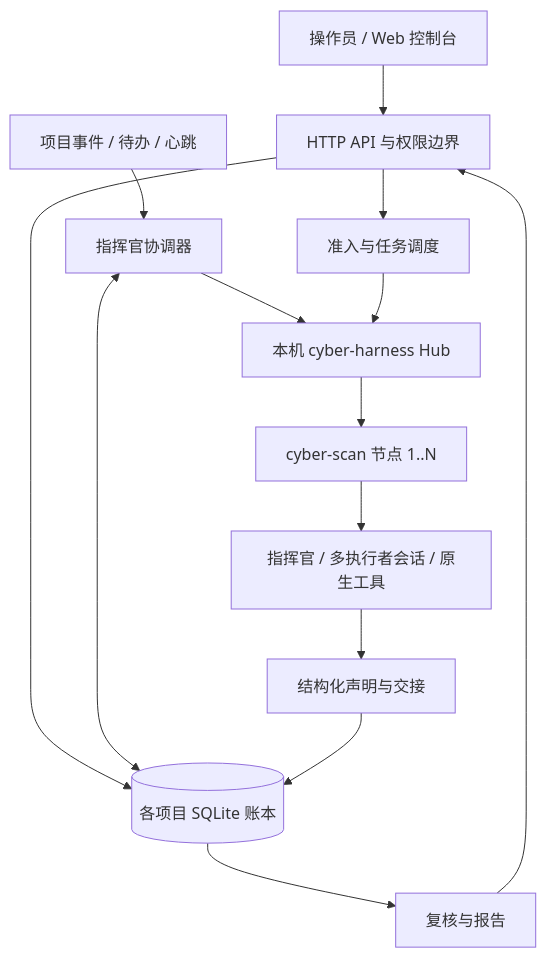
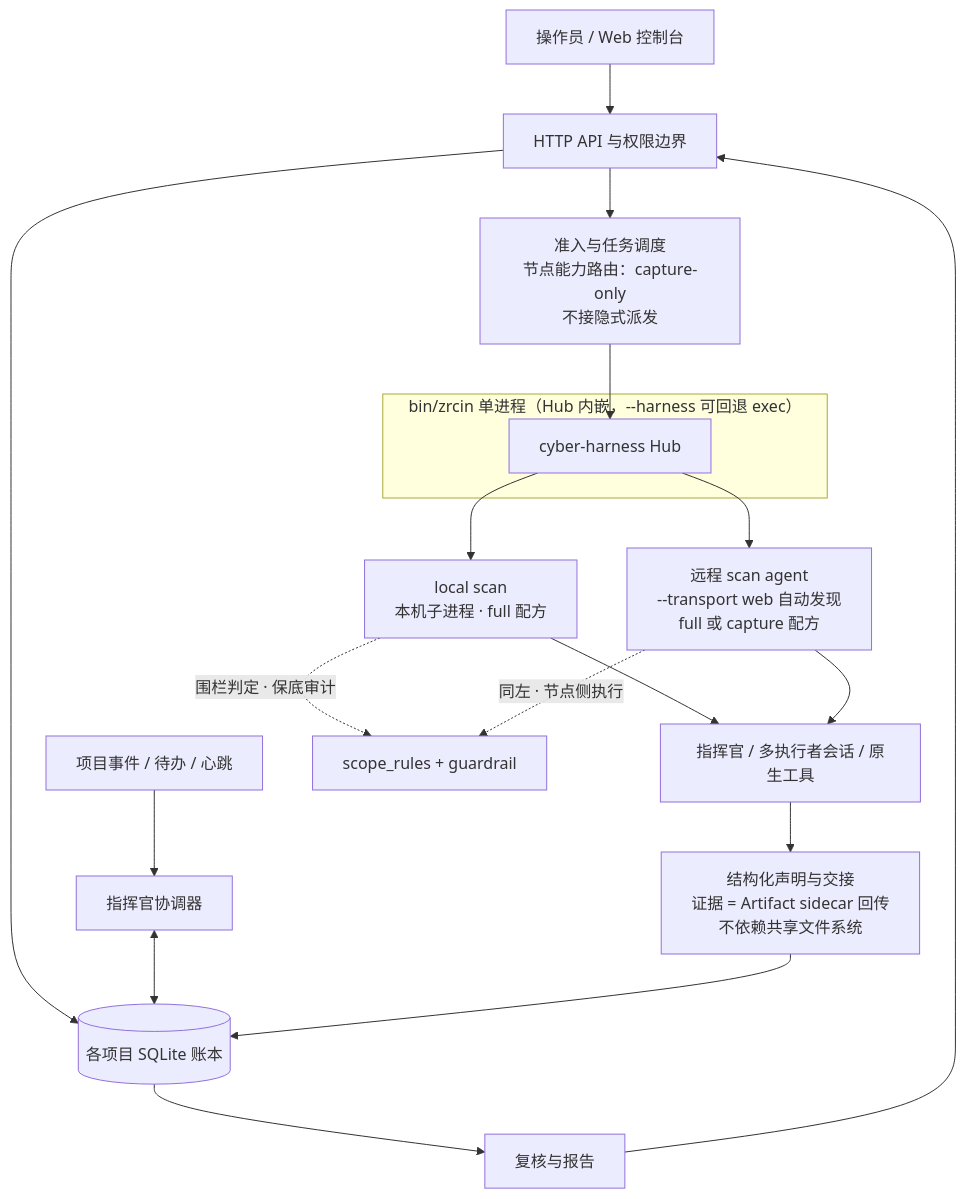
One commit to c1ayooo/4zrcin changed the diagram in docs/01-architecture.md. Above: the diagram before and after it, drawn with Mermaid. The commit also changed other lines of this file and 6 other files, not shown here.

First line of the commit message:
docs: refresh README with console screenshots and the current architecture

````diff
--- a/docs/01-architecture.md
+++ b/docs/01-architecture.md
@@ -31,16 +31,22 @@
 ```mermaid
 flowchart TD
     UI[操作员 / Web 控制台] --> API[HTTP API 与权限边界]
     API --> Ledger[(各项目 SQLite 账本)]
-    API --> Dispatcher[准入与任务调度]
+    API --> Dispatcher[准入与任务调度<br/>节点能力路由：capture-only<br/>不接隐式派发]
     Events[项目事件 / 待办 / 心跳] --> Commander[指挥官协调器]
     Commander <--> Ledger
-    Commander --> Harness[本机 cyber-harness Hub]
+    subgraph ZRCIN["bin/zrcin 单进程（Hub 内嵌，--harness 可回退 exec）"]
+      Harness[cyber-harness Hub]
+    end
     Dispatcher --> Harness
-    Harness --> Scan[cyber-scan 节点 1..N]
-    Scan --> Worker[指挥官 / 多执行者会话 / 原生工具]
-    Worker --> Handoff[结构化声明与交接]
+    Harness --> Local["local scan<br/>本机子进程 · full 配方"]
+    Harness --> Remote["远程 scan agent<br/>--transport web 自动发现<br/>full 或 capture 配方"]
+    Local --> Worker[指挥官 / 多执行者会话 / 原生工具]
+    Remote --> Worker
+    Worker --> Handoff[结构化声明与交接<br/>证据 = Artifact sidecar 回传<br/>不依赖共享文件系统]
     Handoff --> Ledger
+    Local -.->|围栏判定 · 保底审计| Fence[scope_rules + guardrail]
+    Remote -.->|同左 · 节点侧执行| Fence
     Ledger --> Review[复核与报告]
     Review --> API
 ```
````
